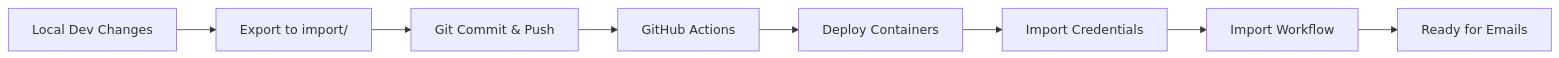
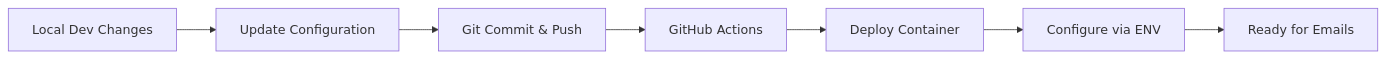
The diagram in v0_initial_flow/DEPLOYMENT.md (mpbrigham/materials-archive-extraction), drawn with Mermaid before and after one commit. The commit also changed other lines of this file and 2 other files, not shown here.

````diff
--- a/v0_initial_flow/DEPLOYMENT.md
+++ b/v0_initial_flow/DEPLOYMENT.md
@@ -250,10 +226,9 @@
 ```mermaid
 graph LR
-    A[Local Dev Changes] --> B[Export to import/]
+    A[Local Dev Changes] --> B[Update Configuration]
     B --> C[Git Commit & Push]
     C --> D[GitHub Actions]
-    D --> E[Deploy Containers]
-    E --> F[Import Credentials]
-    F --> G[Import Workflow]
-    G --> H[Ready for Emails]
+    D --> E[Deploy Container]
+    E --> F[Configure via ENV]
+    F --> G[Ready for Emails]
 ```
````
